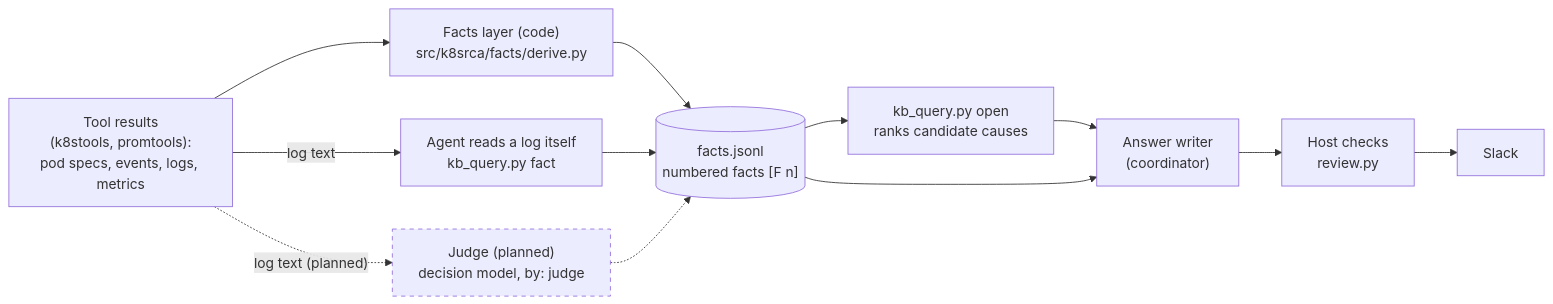
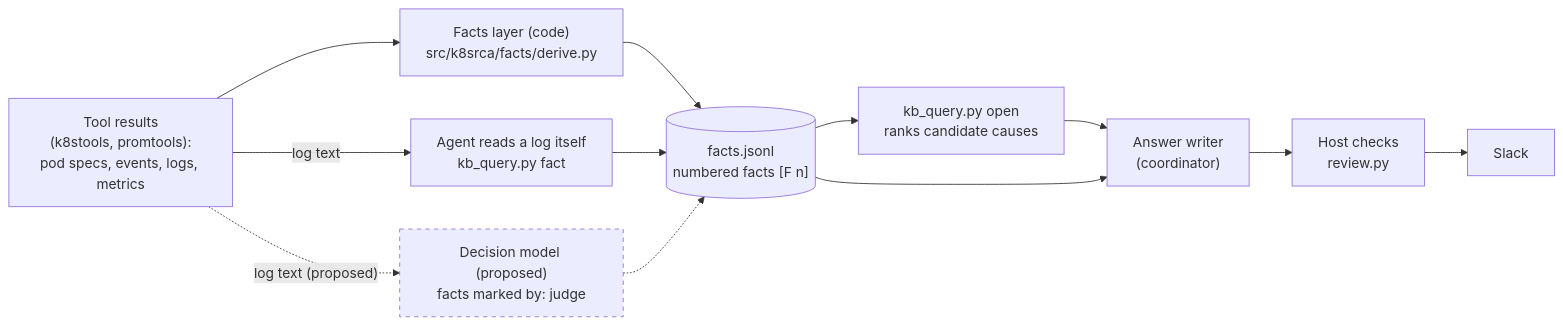
Before and after one commit to BenedatLLC/k8srca: the first of 2 diagrams in designs/011-decision-models.md, drawn with Mermaid. The commit also changed other lines of this file and 29 other files, not shown here.

````diff
--- a/designs/011-decision-models.md
+++ b/designs/011-decision-models.md
@@ -51,18 +41,18 @@
 ```mermaid
 flowchart LR
   T["Tool results<br/>(k8stools, promtools):<br/>pod specs, events, logs, metrics"]
   F["Facts layer (code)<br/>src/k8srca/facts/derive.py"]
   AG["Agent reads a log itself<br/>kb_query.py fact"]
-  JD["Judge (planned)<br/>decision model, by: judge"]:::planned
+  JD["Decision model (proposed)<br/>facts marked by: judge"]:::planned
   FL[("facts.jsonl<br/>numbered facts [F n]")]
   O["kb_query.py open<br/>ranks candidate causes"]
   W["Answer writer<br/>(coordinator)"]
   C["Host checks<br/>review.py"]
   S["Slack"]
   T --> F --> FL
   T -- "log text" --> AG --> FL
-  T -. "log text (planned)" .-> JD -.-> FL
+  T -. "log text (proposed)" .-> JD -.-> FL
   FL --> O --> W --> C --> S
   FL --> W
   classDef planned stroke-dasharray: 5 5
 ```
````
